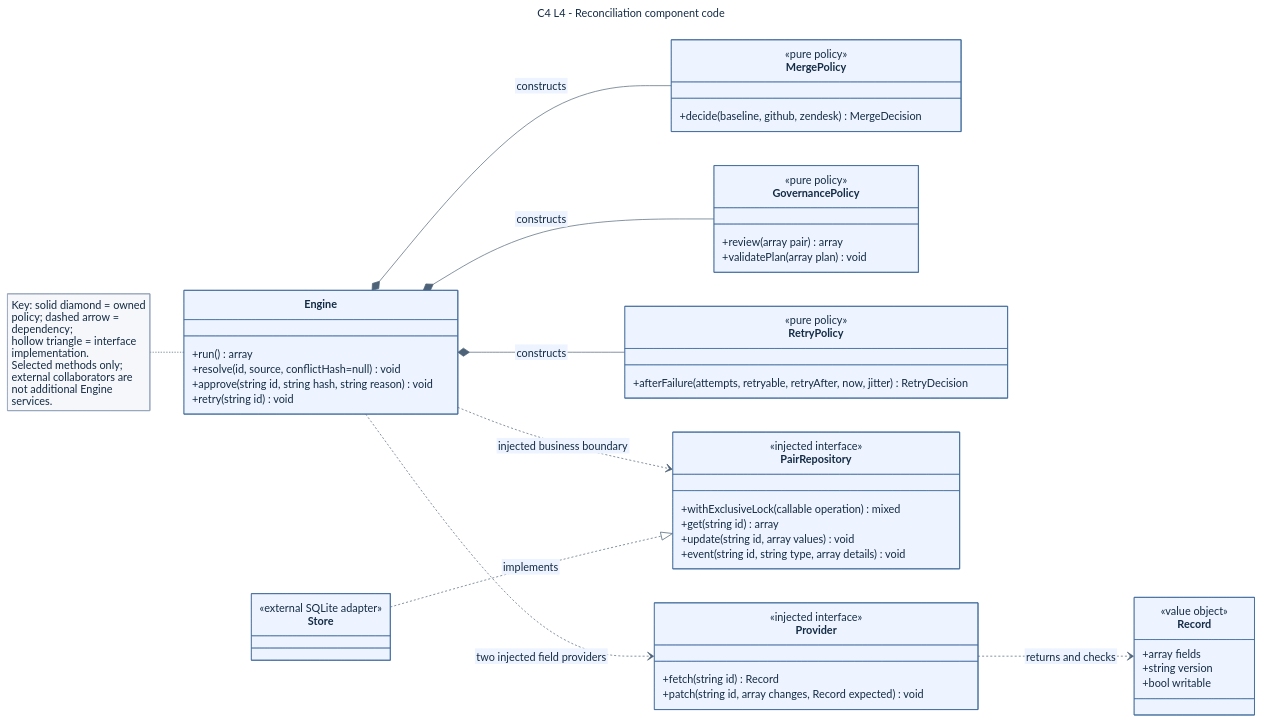
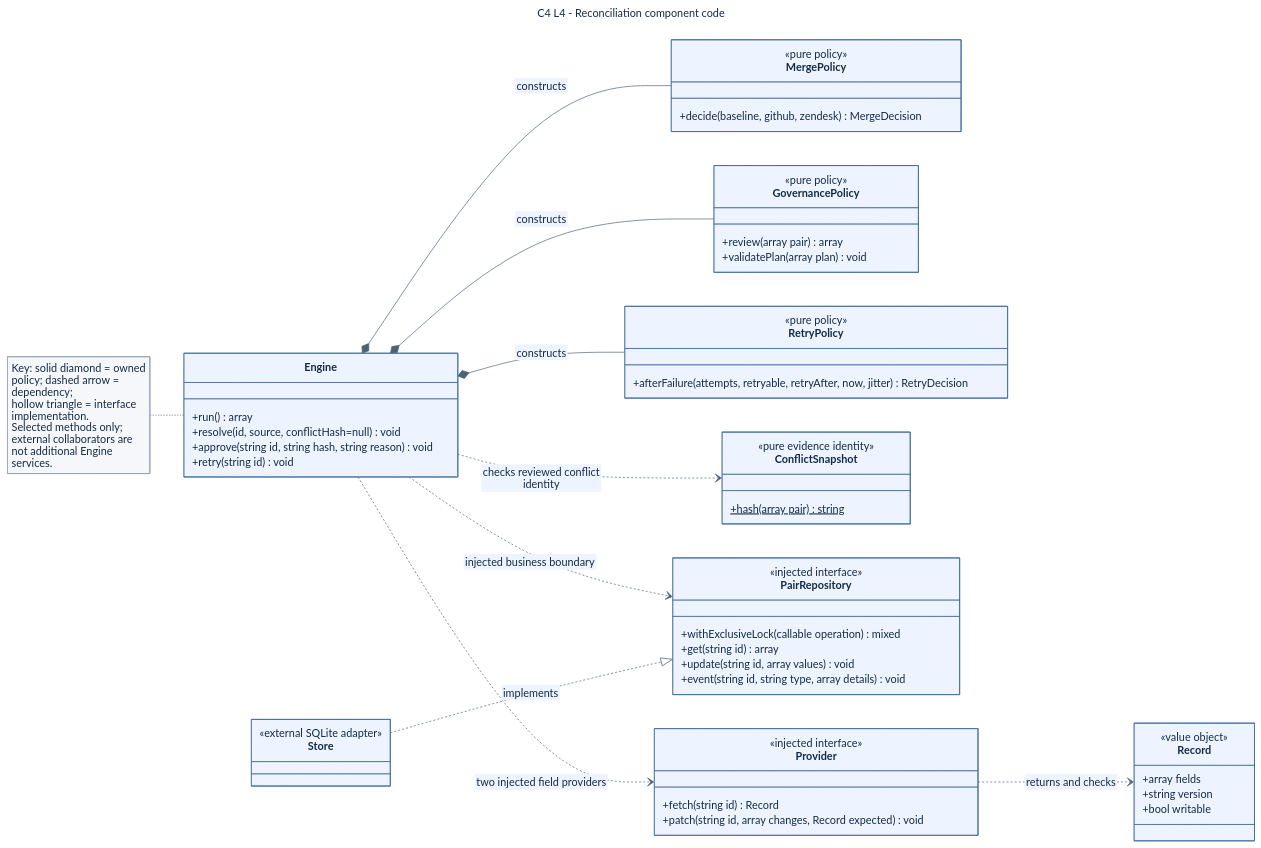
Before and after one commit to AlbertFlorescu/support-bridge: the diagram in docs/c4/source/05-code-reconciliation.mmd, drawn with Mermaid. The commit also changed 22 other files, not shown here.

```diff
--- a/docs/c4/source/05-code-reconciliation.mmd
+++ b/docs/c4/source/05-code-reconciliation.mmd
@@ -1,70 +1,75 @@
 ---
 title: C4 L4 - Reconciliation component code
 config:
   htmlLabels: false
   theme: base
   themeVariables:
     primaryColor: '#edf4ff'
     primaryTextColor: '#142b45'
     primaryBorderColor: '#456d9e'
     lineColor: '#4d6276'
     edgeLabelBackground: '#ffffff'
     noteBkgColor: '#f5f7fa'
     noteBorderColor: '#94a3b8'
   fontFamily: DejaVu Sans, sans-serif
   class:
     htmlLabels: false
 ---
 classDiagram
   accTitle: C4 L4 - Reconciliation component code
   accDescr: Selected classes of the reconciliation component. Policies are constructed by Engine. Provider and PairRepository contracts are injected. Store is the external persistence implementation.
   direction LR
   class Engine {
     +run() array
     +resolve(id, source, conflictHash=null) void
     +approve(string id, string hash, string reason) void
     +retry(string id) void
   }
   class MergePolicy {
     <<pure policy>>
     +decide(baseline, github, zendesk) MergeDecision
   }
   class GovernancePolicy {
     <<pure policy>>
     +review(array pair) array
     +validatePlan(array plan) void
   }
   class RetryPolicy {
     <<pure policy>>
     +afterFailure(attempts, retryable, retryAfter, now, jitter) RetryDecision
   }
+  class ConflictSnapshot {
+    <<pure evidence identity>>
+    +hash(array pair) string$
+  }
   class PairRepository {
     <<injected interface>>
     +withExclusiveLock(callable operation) mixed
     +get(string id) array
     +update(string id, array values) void
     +event(string id, string type, array details) void
   }
   class Provider {
     <<injected interface>>
     +fetch(string id) Record
     +patch(string id, array changes, Record expected) void
   }
   class Record {
     <<value object>>
     +array fields
     +string version
     +bool writable
   }
   class Store {
     <<external SQLite adapter>>
   }
 
   Engine *-- MergePolicy : constructs
   Engine *-- GovernancePolicy : constructs
   Engine *-- RetryPolicy : constructs
+  Engine ..> ConflictSnapshot : checks reviewed conflict identity
   Engine ..> PairRepository : injected business boundary
   Engine ..> Provider : two injected field providers
   Provider ..> Record : returns and checks
   Store ..|> PairRepository : implements
   note for Engine "Key: solid diamond = owned policy; dashed arrow = dependency;<br/>hollow triangle = interface implementation.<br/>Selected methods only; external collaborators are not additional Engine services."
```
